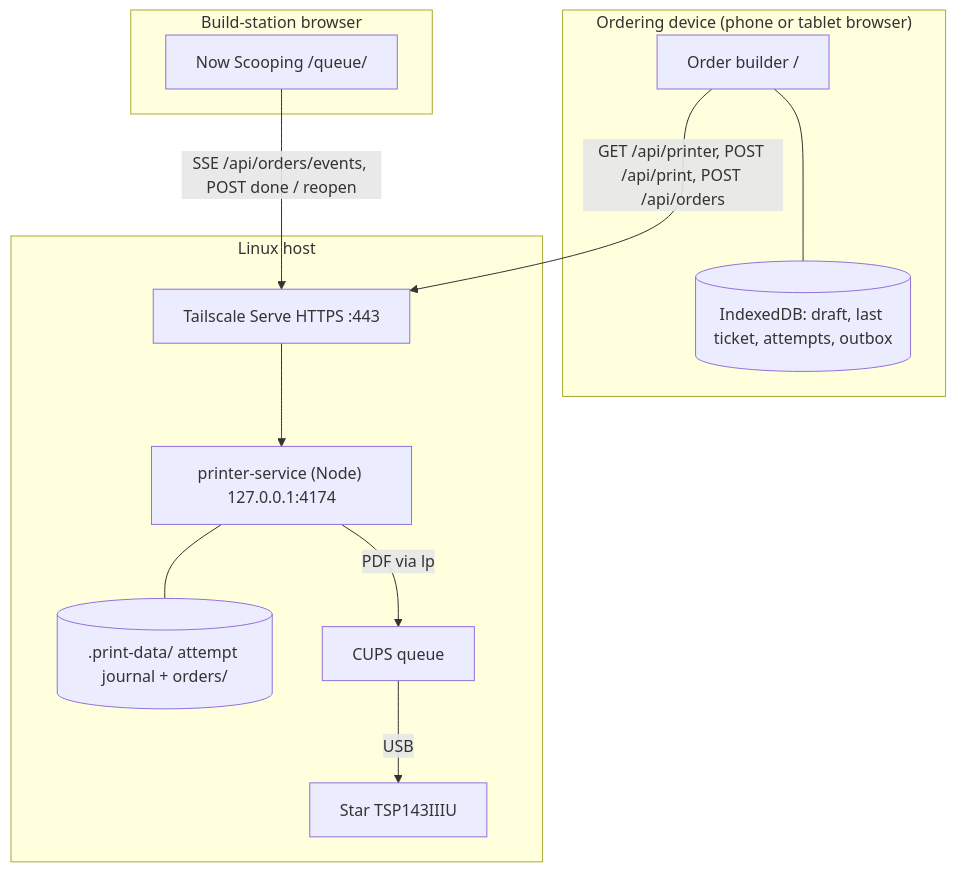
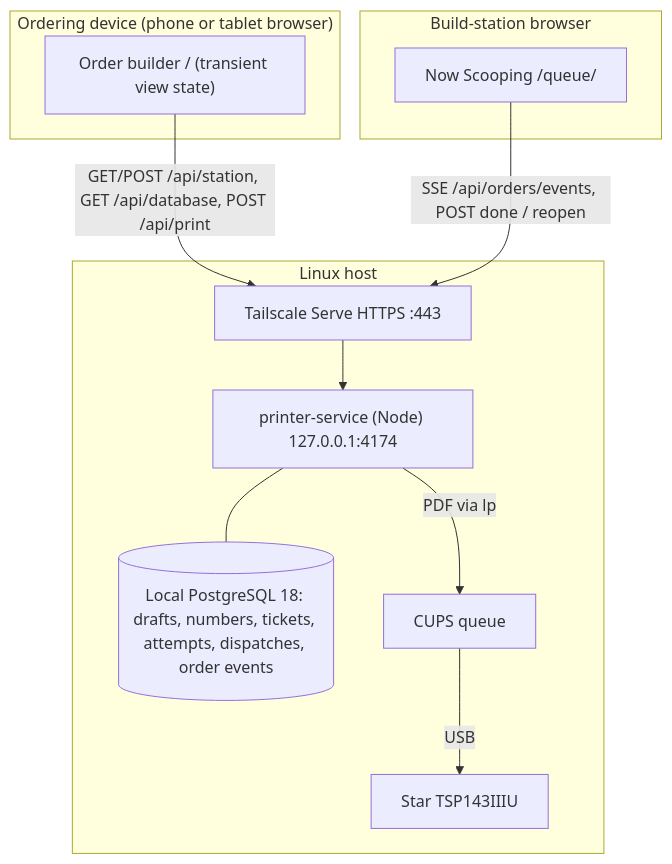
One commit to castab/event-order-pad changed the diagram in README.md. Above: the diagram before and after it, drawn with Mermaid. The commit also changed other lines of this file and 62 other files, not shown here.

First line of the commit message:
Persist station orders in required local PostgreSQL 18 (#4)

````diff
--- a/README.md
+++ b/README.md
@@ -11,16 +11,16 @@
 ```mermaid
 flowchart TB
   subgraph Ordering["Ordering device (phone or tablet browser)"]
-    B["Order builder /"] --- IDB[("IndexedDB: draft, last ticket, attempts, outbox")]
+    B["Order builder / (transient view state)"]
   end
   subgraph Station["Build-station browser"]
     Q["Now Scooping /queue/"]
   end
   subgraph Host["Linux host"]
     TS["Tailscale Serve HTTPS :443"] --> S["printer-service (Node) 127.0.0.1:4174"]
-    S --- J[(".print-data/ attempt journal + orders/")]
+    S --- DB[("Local PostgreSQL 18: drafts, numbers, tickets, attempts, dispatches, order events")]
     S -- "PDF via lp" --> C["CUPS queue"] -- USB --> P["Star TSP143IIIU"]
   end
-  B -- "GET /api/printer, POST /api/print, POST /api/orders" --> TS
+  B -- "GET/POST /api/station, GET /api/database, POST /api/print" --> TS
   Q -- "SSE /api/orders/events, POST done / reopen" --> TS
 ```
````
